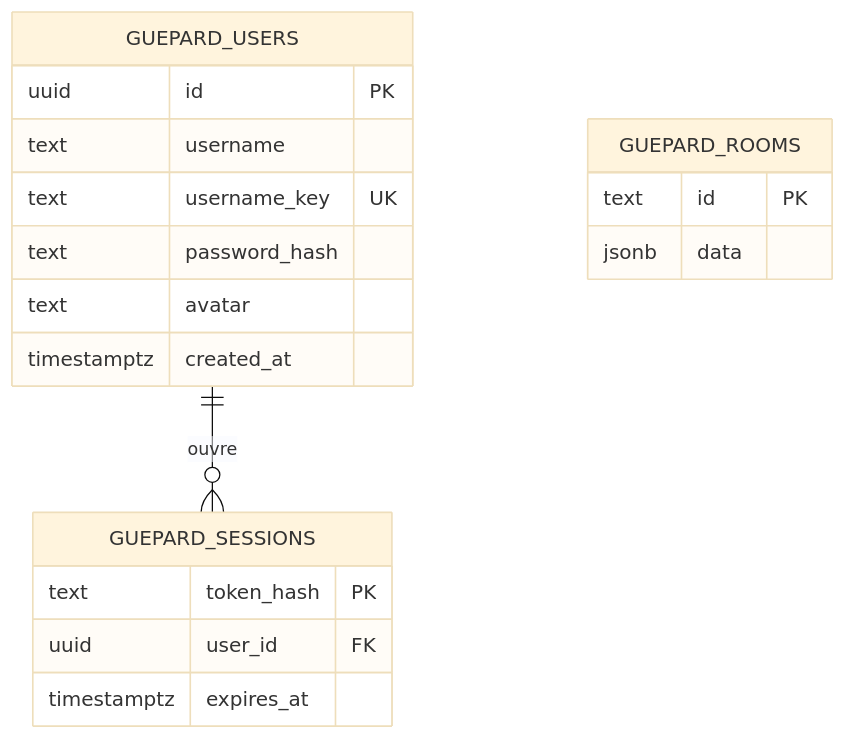
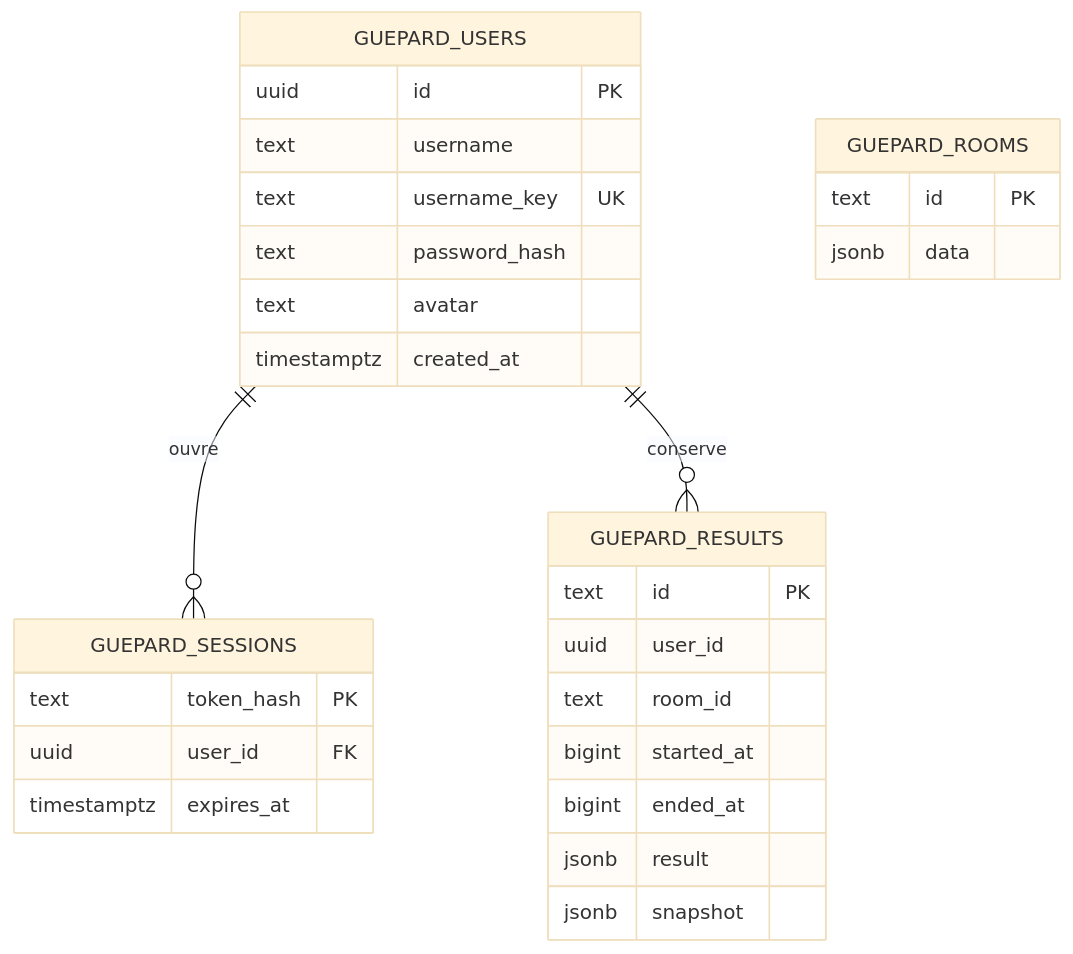
One commit to marissa274/Guepard-typing-website changed the first of 2 diagrams in docs/architecture/schema-donnees.md. Above: the diagram before and after it, drawn with Mermaid (base theme). The commit also changed other lines of this file and 6 other files, not shown here.

````diff
--- a/docs/architecture/schema-donnees.md
+++ b/docs/architecture/schema-donnees.md
@@ -7,21 +7,31 @@
 ```mermaid
 erDiagram
     GUEPARD_USERS ||--o{ GUEPARD_SESSIONS : ouvre
+    GUEPARD_USERS ||--o{ GUEPARD_RESULTS : conserve
     GUEPARD_USERS {
       uuid id PK
       text username
       text username_key UK
       text password_hash
       text avatar
       timestamptz created_at
     }
     GUEPARD_SESSIONS {
       text token_hash PK
       uuid user_id FK
       timestamptz expires_at
     }
+    GUEPARD_RESULTS {
+      text id PK
+      uuid user_id
+      text room_id
+      bigint started_at
+      bigint ended_at
+      jsonb result
+      jsonb snapshot
+    }
     GUEPARD_ROOMS {
       text id PK
       jsonb data
     }
 ```
````
